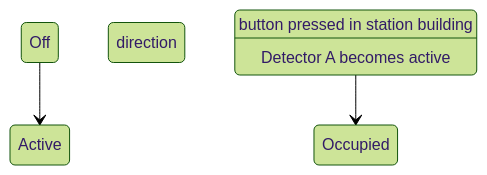
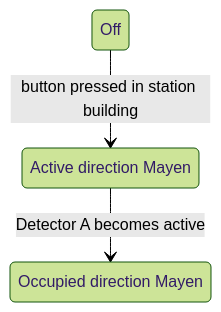
The diagram in levelcrossings/berenbach/states.md (reinout/reinout-arduino), drawn with Mermaid (forest theme) before and after one commit.

````diff
--- a/levelcrossings/berenbach/states.md
+++ b/levelcrossings/berenbach/states.md
@@ -7,6 +7,8 @@
 ```mermaid
 stateDiagram-v2
-    Off --> Active direction Mayen: button pressed in station building
-	Active direction Mayen --> Occupied direction Mayen: Detector A becomes active
+    m1: Active direction Mayen
+    m2: Occupied direction Mayen
+    Off --> m1: button pressed in station building
+    m1 --> m2: Detector A becomes active
 
 ```
````
